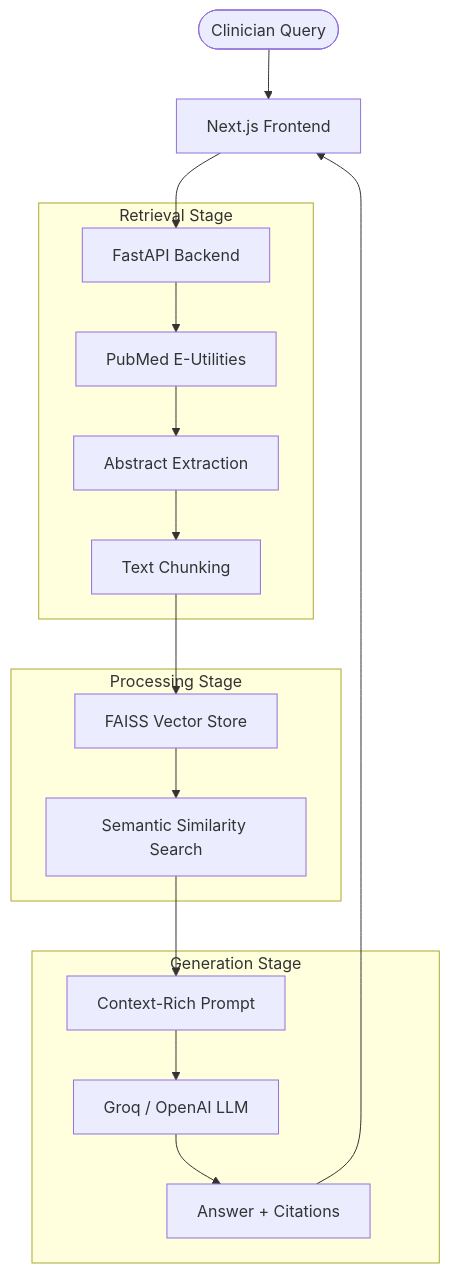
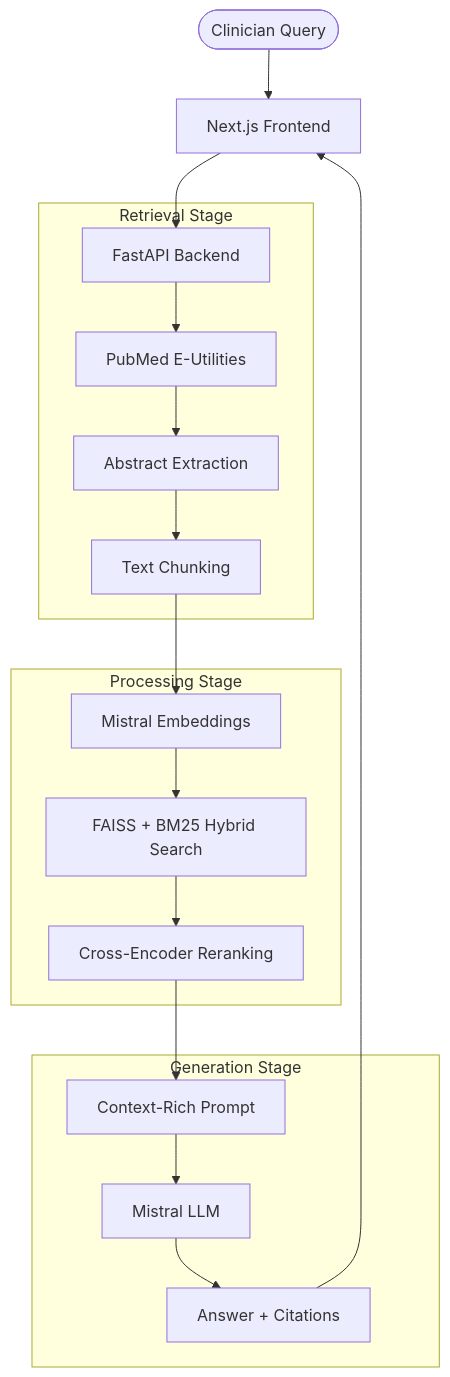
The diagram in README.md (shashwat0010/medical-chatbot-rag), drawn with Mermaid before and after one commit. The commit also changed other lines of this file and 26 other files, not shown here.

Commit message:
Implement advanced RAG features: Hybrid Search, Cross-Encoder Reranking, Mistral AI integration

````diff
--- a/README.md
+++ b/README.md
@@ -23,24 +26,25 @@
 ```mermaid
 flowchart TD
     User([Clinician Query]) --> UI[Next.js Frontend]
     UI --> API[FastAPI Backend]
     
     subgraph "Retrieval Stage"
         API --> PubMed[PubMed E-Utilities]
         PubMed --> Scraper[Abstract Extraction]
         Scraper --> Chunker[Text Chunking]
     end
     
     subgraph "Processing Stage"
-        Chunker --> Embeddings[FAISS Vector Store]
-        Embeddings --> Search[Semantic Similarity Search]
+        Chunker --> Embeddings[Mistral Embeddings]
+        Embeddings --> Hybrid[FAISS + BM25 Hybrid Search]
+        Hybrid --> Reranker[Cross-Encoder Reranking]
     end
     
     subgraph "Generation Stage"
-        Search --> Prompt[Context-Rich Prompt]
-        Prompt --> LLM[Groq / OpenAI LLM]
+        Reranker --> Prompt[Context-Rich Prompt]
+        Prompt --> LLM[Mistral LLM]
         LLM --> Response[Answer + Citations]
     end
     
     Response --> UI
 ```
````
